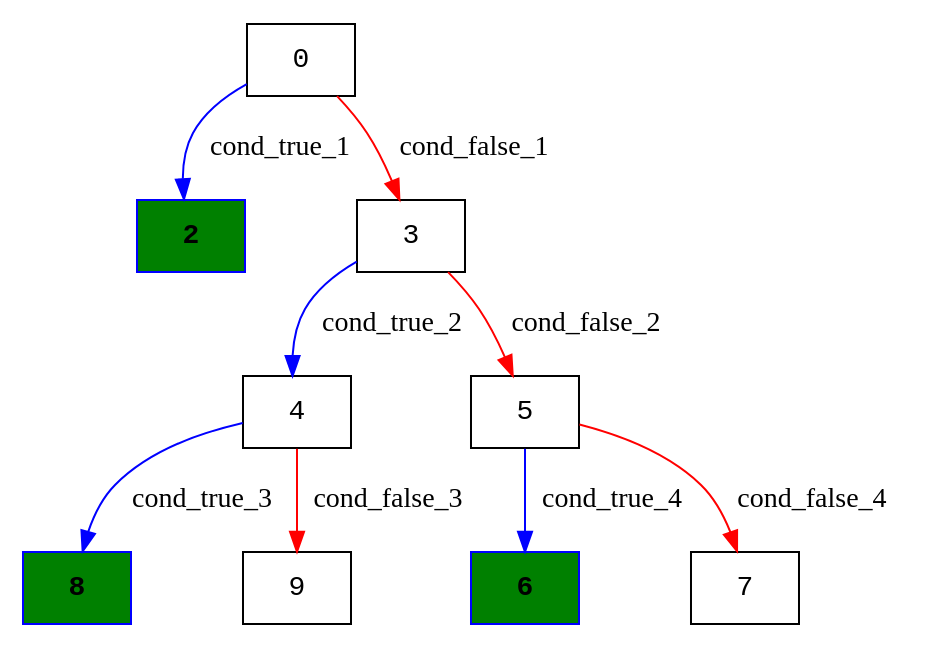
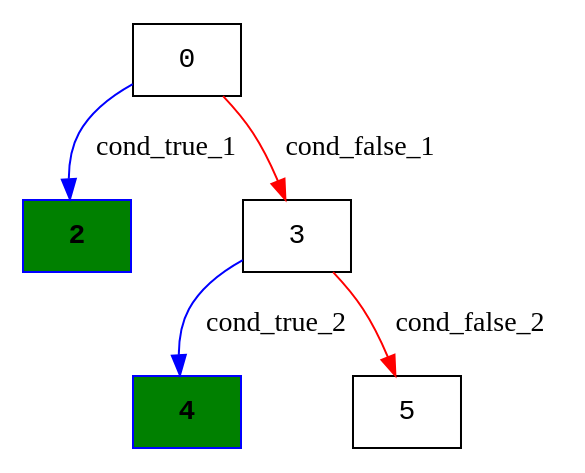
One commit to Research-Tools-PAVT/PSE-Program-Examples changed the diagram in klee_results/randomized_response_all_processed/randomized_response_all_execution_tree.dot. Above: the diagram before and after it, drawn with Graphviz. The commit also changed 324 other files, not shown here.

```diff
--- a/klee_results/randomized_response_all_processed/randomized_response_all_execution_tree.dot
+++ b/klee_results/randomized_response_all_processed/randomized_response_all_execution_tree.dot
@@ -1,14 +1,9 @@
 digraph ExecutionTree {
 	node [color=black fontname=Courier height=.5 shape=record]
-	8 [color=blue, fillcolor=green, style=filled, fontcolor=black, fontname="Courier-Bold"]
-	6 [color=blue, fillcolor=green, style=filled, fontcolor=black, fontname="Courier-Bold"]
+	4 [color=blue, fillcolor=green, style=filled, fontcolor=black, fontname="Courier-Bold"]
 	2 [color=blue, fillcolor=green, style=filled, fontcolor=black, fontname="Courier-Bold"]
 	0 -> 2 [label=cond_true_1 color=blue]
 	0 -> 3 [label=cond_false_1 color=red]
 	3 -> 4 [label=cond_true_2 color=blue]
 	3 -> 5 [label=cond_false_2 color=red]
-	4 -> 8 [label=cond_true_3 color=blue]
-	4 -> 9 [label=cond_false_3 color=red]
-	5 -> 6 [label=cond_true_4 color=blue]
-	5 -> 7 [label=cond_false_4 color=red]
 }
```
